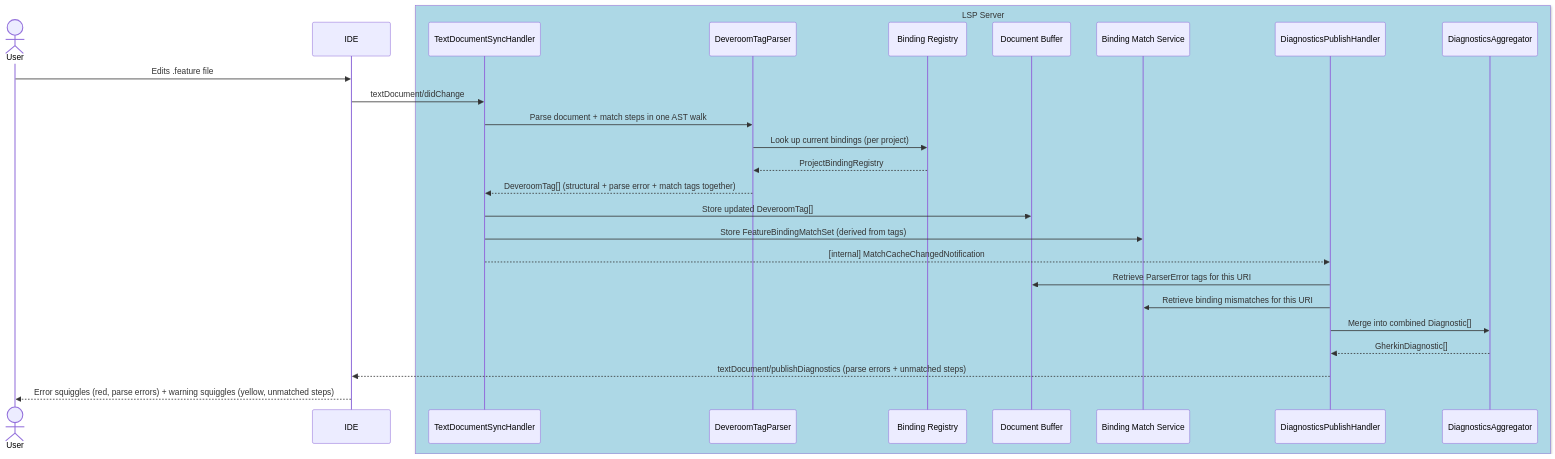
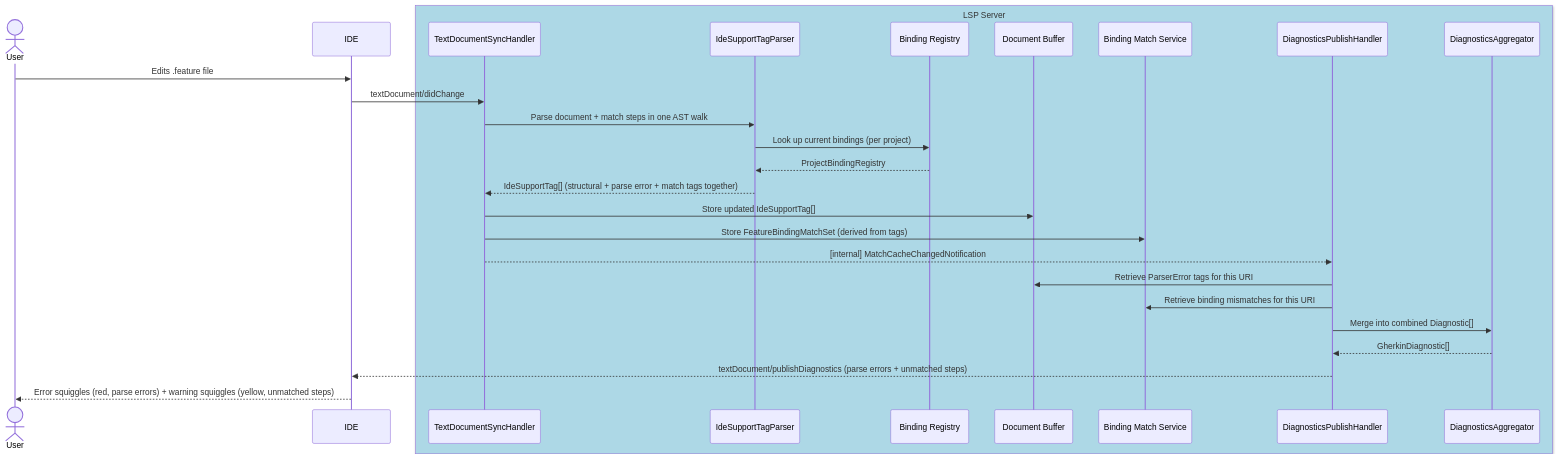
Before and after one commit to reqnroll/Reqnroll.IdeSupport: the third of 22 diagrams in docs/LSP-IDE-Support-Feature-Designs.md, drawn with Mermaid. The commit also changed other lines of this file and 2 other files, not shown here.

First line of the commit message:
Refresh Architecture/Feature-Designs docs after the #521-524/#530 refactor

````diff
--- a/docs/LSP-IDE-Support-Feature-Designs.md
+++ b/docs/LSP-IDE-Support-Feature-Designs.md
@@ -360,31 +360,31 @@
 ```mermaid
 sequenceDiagram
     actor User
     participant IDE
 
     box LightBlue LSP Server
         participant TDS as TextDocumentSyncHandler
-        participant DTP as DeveroomTagParser
+        participant DTP as IdeSupportTagParser
         participant BR as Binding Registry
         participant DB as Document Buffer
         participant BMS as Binding Match Service
         participant DPH as DiagnosticsPublishHandler
         participant DA as DiagnosticsAggregator
     end
 
     User->>IDE: Edits .feature file
     IDE->>TDS: textDocument/didChange
     TDS->>DTP: Parse document + match steps in one AST walk
     DTP->>BR: Look up current bindings (per project)
     BR-->>DTP: ProjectBindingRegistry
-    DTP-->>TDS: DeveroomTag[] (structural + parse error + match tags together)
-    TDS->>DB: Store updated DeveroomTag[]
+    DTP-->>TDS: IdeSupportTag[] (structural + parse error + match tags together)
+    TDS->>DB: Store updated IdeSupportTag[]
     TDS->>BMS: Store FeatureBindingMatchSet (derived from tags)
     TDS-->>DPH: [internal] MatchCacheChangedNotification
     DPH->>DB: Retrieve ParserError tags for this URI
     DPH->>BMS: Retrieve binding mismatches for this URI
     DPH->>DA: Merge into combined Diagnostic[]
     DA-->>DPH: GherkinDiagnostic[]
     DPH-->>IDE: textDocument/publishDiagnostics (parse errors + unmatched steps)
     IDE-->>User: Error squiggles (red, parse errors) + warning squiggles (yellow, unmatched steps)
 ```
````
